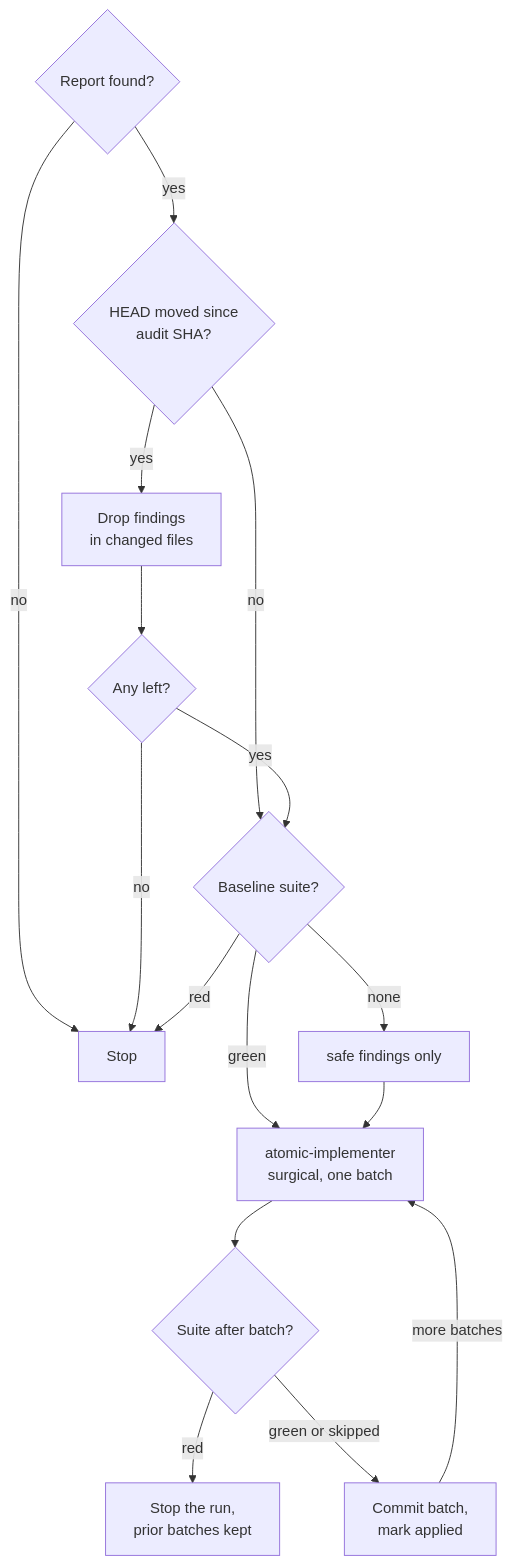
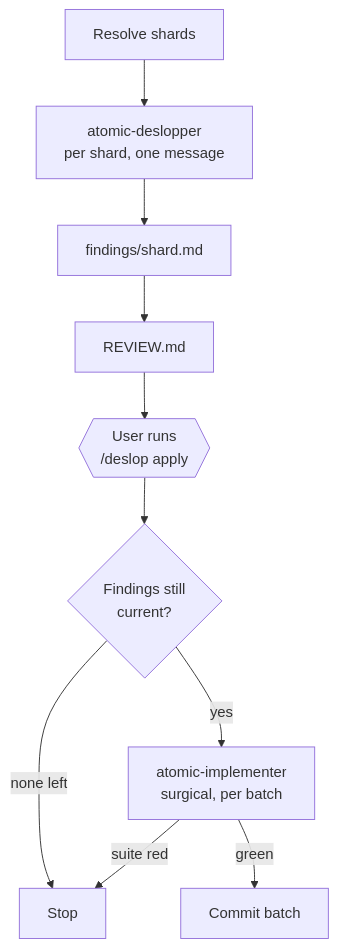
Before and after one commit to damusix/atomic-claude: the tenth of 12 diagrams in docs/wiki/workflow.md, drawn with Mermaid. The commit also changed other lines of this file and 795 other files, not shown here.

First line of the commit message:
feat!: run Atomic on Claude Code, OMP, and Codex

````diff
--- a/docs/wiki/workflow.md
+++ b/docs/wiki/workflow.md
@@ -289,19 +266,13 @@
 ```mermaid
 flowchart TD
-    %% source: context/commands/deslop.md; docs/design/deslop.md
-    R{"Report found?"} -->|no| X["Stop"]
-    R -->|yes| H{"HEAD moved since<br/>audit SHA?"}
-    H -->|no| B{"Baseline suite?"}
-    H -->|yes| D["Drop findings<br/>in changed files"]
-    D --> A{"Any left?"}
-    A -->|no| X
-    A -->|yes| B
-    B -->|red| X
-    B -->|none| O["safe findings only"]
-    B -->|green| I["atomic-implementer<br/>surgical, one batch"]
-    O --> I
-    I --> T{"Suite after batch?"}
-    T -->|red| X2["Stop the run,<br/>prior batches kept"]
-    T -->|green or skipped| C["Commit batch,<br/>mark applied"]
-    C -->|more batches| I
+    %% source: docs/design/deslop.md; context/commands/deslop.md
+    S["Resolve shards"] --> D["atomic-deslopper<br/>per shard, one message"]
+    D --> F["findings/shard.md"]
+    F --> R["REVIEW.md"]
+    R --> G{{"User runs<br/>/deslop apply"}}
+    G --> H{"Findings still<br/>current?"}
+    H -->|none left| X["Stop"]
+    H -->|yes| B["atomic-implementer<br/>surgical, per batch"]
+    B -->|suite red| X
+    B -->|green| C["Commit batch"]
 ```
````
